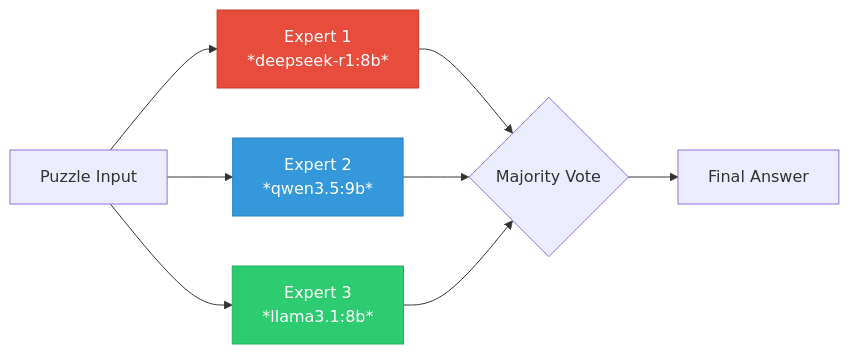
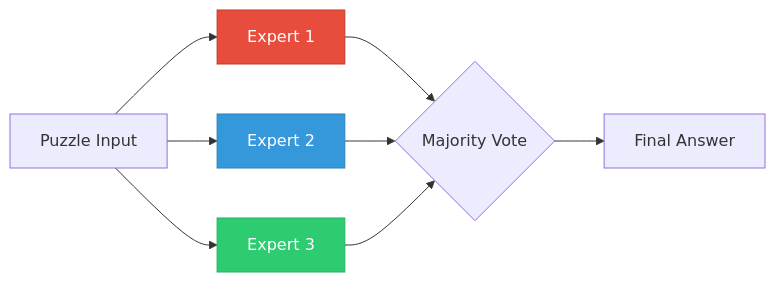
One commit to m4vic/AEOS changed the third of 4 diagrams in README.md. Above: the diagram before and after it, drawn with Mermaid. The commit also changed other lines of this file and 8 other files, not shown here.

````diff
--- a/README.md
+++ b/README.md
@@ -58,16 +246,13 @@
 ```mermaid
 flowchart LR
-    Q[Puzzle Input] --> E1[Expert 1 <br> *deepseek-r1:8b*]
-    Q --> E2[Expert 2 <br> *qwen3.5:9b*]
-    Q --> E3[Expert 3 <br> *llama3.1:8b*]
-    
+    Q[Puzzle Input] --> E1[Expert 1]
+    Q --> E2[Expert 2]
+    Q --> E3[Expert 3]
     E1 --> V{Majority Vote}
     E2 --> V
     E3 --> V
-    
     V --> A[Final Answer]
-    
     style E1 fill:#e74c3c,stroke:#c0392b,color:#fff
     style E2 fill:#3498db,stroke:#2980b9,color:#fff
     style E3 fill:#2ecc71,stroke:#27ae60,color:#fff
 ```
````
